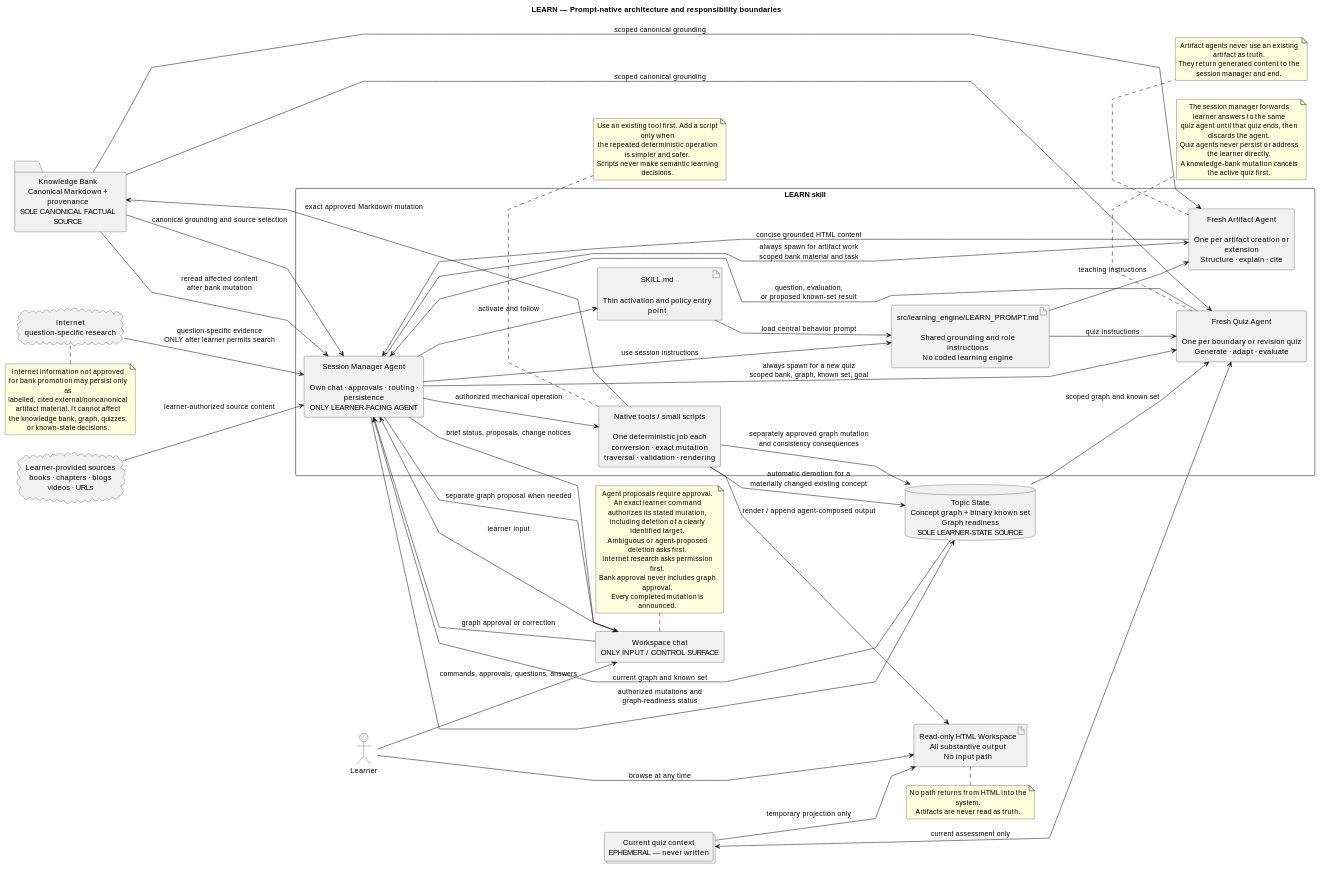
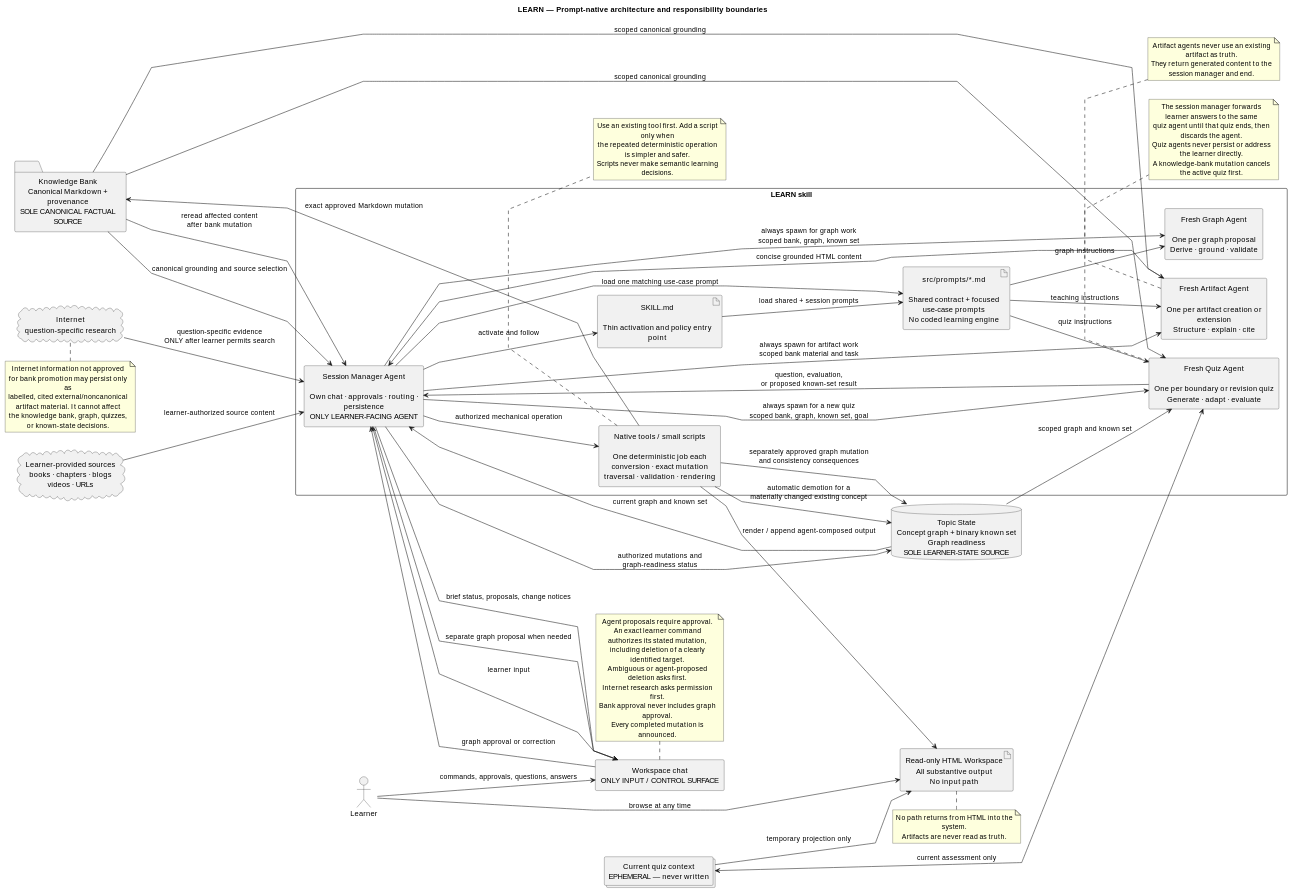
One commit to TomasTillmann/LEARN changed the first of 3 diagrams in PRODUCT_SPEC.md. Above: the diagram before and after it, drawn with PlantUML. The commit also changed other lines of this file and 10 other files, not shown here.

Commit message:
Refine LEARN skill workflows

```diff
--- a/PRODUCT_SPEC.md
+++ b/PRODUCT_SPEC.md
@@ -493,8 +505,9 @@
 
 package "LEARN skill" {
   artifact "SKILL.md\n\nThin activation and policy entry point" as Skill
-  artifact "src/learning_engine/LEARN_PROMPT.md\n\nShared grounding and role instructions\nNo coded learning engine" as Prompt
+  artifact "src/prompts/*.md\n\nShared contract + focused use-case prompts\nNo coded learning engine" as Prompt
   component "Session Manager Agent\n\nOwn chat · approvals · routing · persistence\nONLY LEARNER-FACING AGENT" as Session
+  component "Fresh Graph Agent\n\nOne per graph proposal\nDerive · ground · validate" as GraphAgent
   component "Fresh Quiz Agent\n\nOne per boundary or revision quiz\nGenerate · adapt · evaluate" as QuizAgent
   component "Fresh Artifact Agent\n\nOne per artifact creation or extension\nStructure · explain · cite" as ArtifactAgent
   component "Native tools / small scripts\n\nOne deterministic job each\nconversion · exact mutation\ntraversal · validation · rendering" as Tools
@@ -511,10 +524,12 @@
 Learner --> HTML : browse at any time
 
 Session --> Skill : activate and follow
-Skill --> Prompt : load central behavior prompt
-Session --> Prompt : use session instructions
+Skill --> Prompt : load shared + session prompts
+Session --> Prompt : load one matching use-case prompt
+Session --> GraphAgent : always spawn for graph work\nscoped bank, graph, known set
 Session --> QuizAgent : always spawn for a new quiz\nscoped bank, graph, known set, goal
 Session --> ArtifactAgent : always spawn for artifact work\nscoped bank material and task
+Prompt --> GraphAgent : graph instructions
 Prompt --> QuizAgent : quiz instructions
 Prompt --> ArtifactAgent : teaching instructions
 QuizAgent --> Session : question, evaluation,\nor proposed known-set result
```
